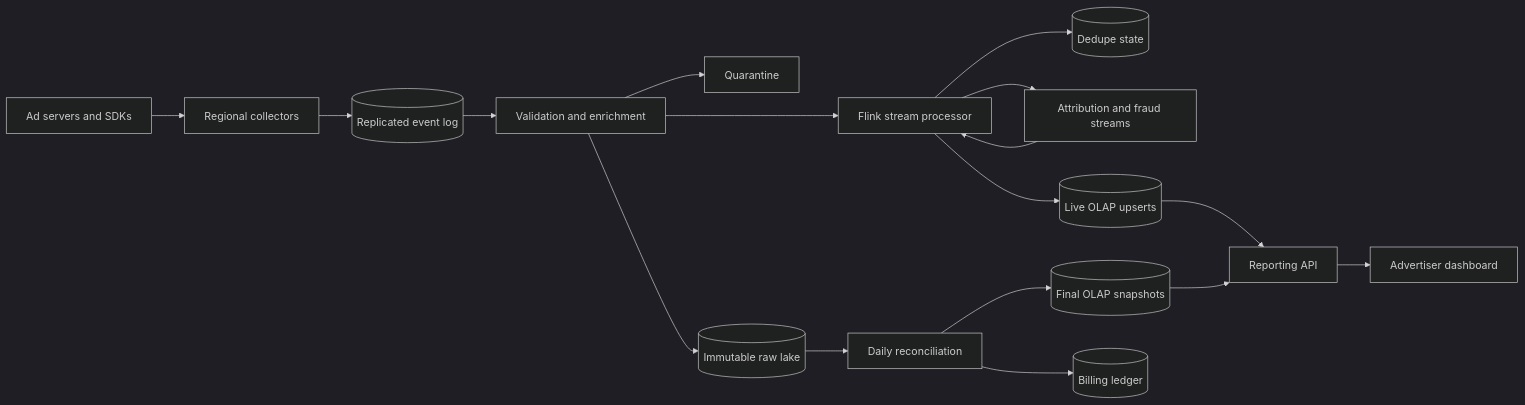
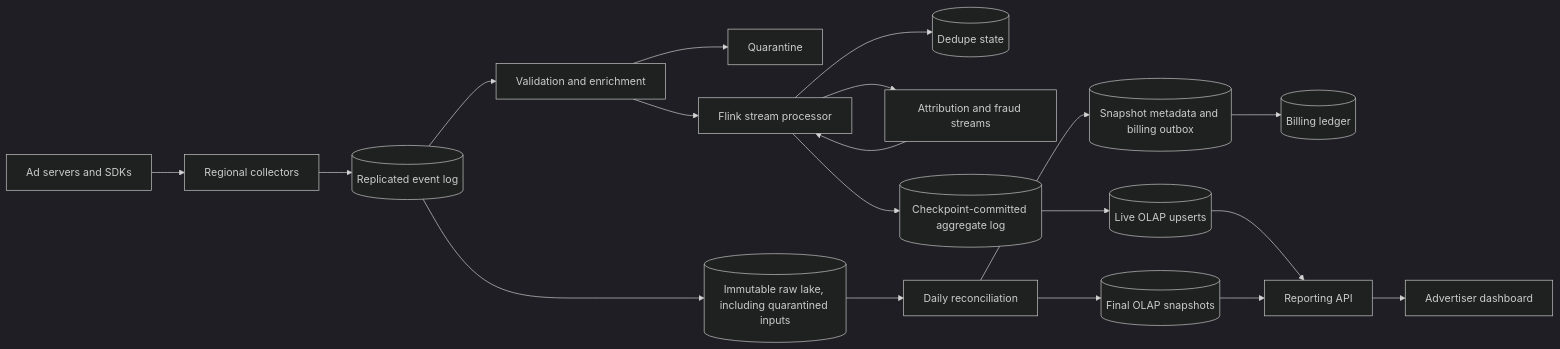
The second of 5 diagrams in ad-click-aggregator-system-design.md (Pranshu258/system-design), drawn with Mermaid (dark theme) before and after one commit. The commit also changed other lines of this file and 23 other files, not shown here.

````diff
--- a/ad-click-aggregator-system-design.md
+++ b/ad-click-aggregator-system-design.md
@@ -162,19 +163,21 @@
 ```mermaid
 flowchart LR
     P["Ad servers and SDKs"] --> C["Regional collectors"]
     C --> K[("Replicated event log")]
     K --> V["Validation and enrichment"]
     V --> Q["Quarantine"]
-    V --> L[("Immutable raw lake")]
+    K --> L[("Immutable raw lake, including quarantined inputs")]
     V --> S["Flink stream processor"]
     S --> D[("Dedupe state")]
     S --> A["Attribution and fraud streams"]
     A --> S
-    S --> H[("Live OLAP upserts")]
+    S --> Output[("Checkpoint-committed aggregate log")]
+    Output --> H[("Live OLAP upserts")]
     L --> B["Daily reconciliation"]
     B --> F[("Final OLAP snapshots")]
-    B --> G[("Billing ledger")]
+    B --> Publication[("Snapshot metadata and billing outbox")]
+    Publication --> G[("Billing ledger")]
     H --> R["Reporting API"]
     F --> R
     R --> U["Advertiser dashboard"]
 ```
````
